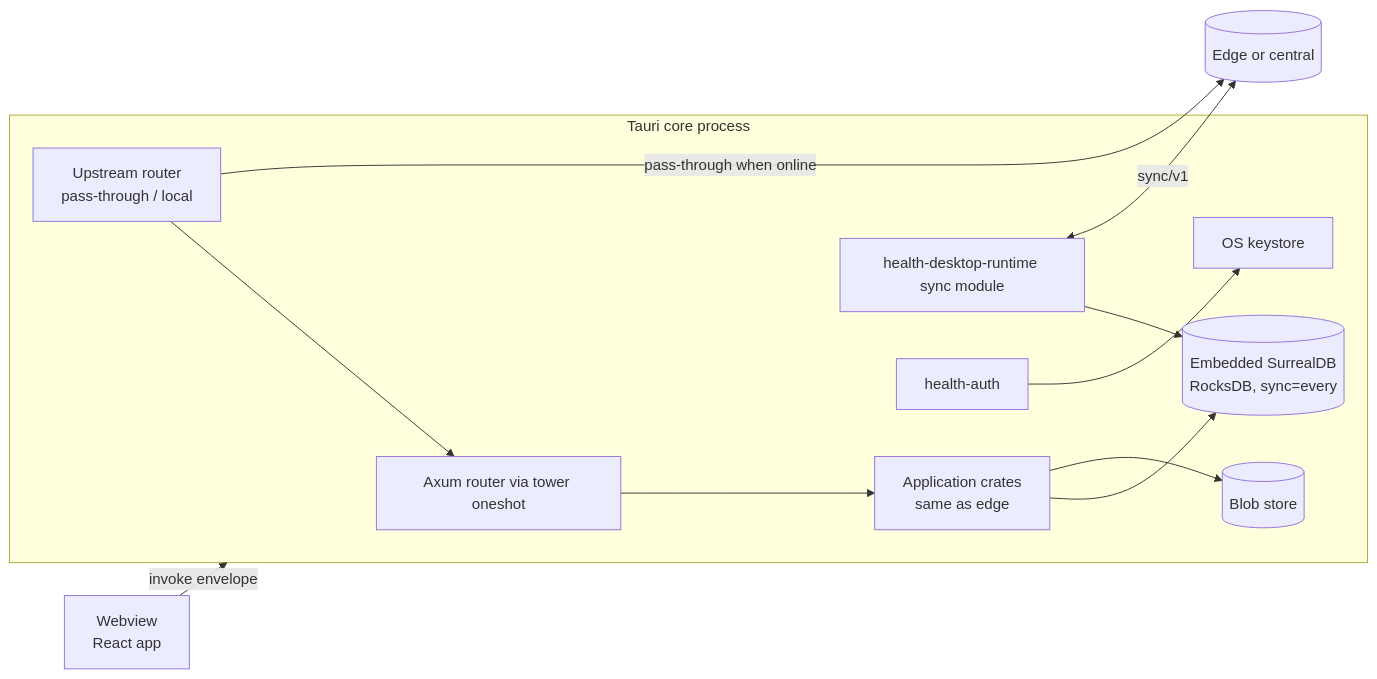
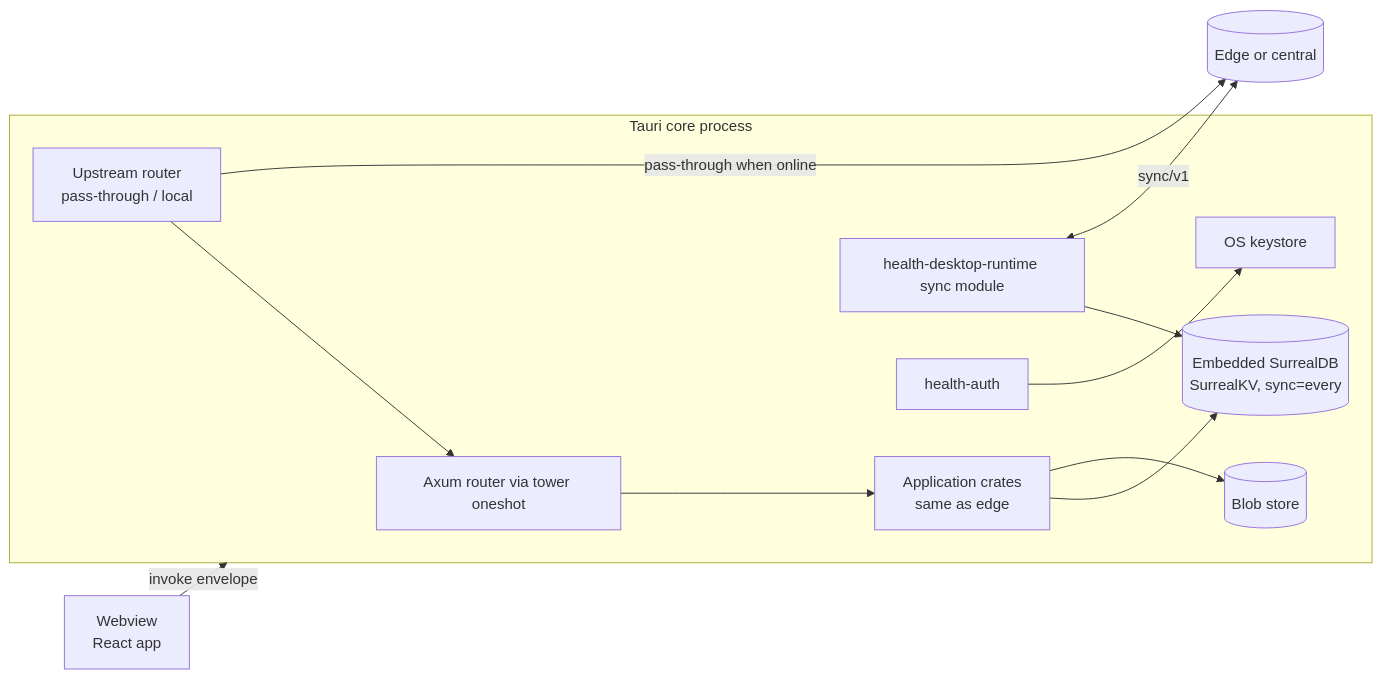
One commit to carapai/people-centered-healthcare changed the first of 2 diagrams in docs/architecture/desktop-client.md. Above: the diagram before and after it, drawn with Mermaid. The commit also changed other lines of this file and 35 other files, not shown here.

First line of the commit message:
chore(deps): SurrealDB 4.0.0 with embedded SurrealKV (RUSTSEC-2026-0454) (#359)

````diff
--- a/docs/architecture/desktop-client.md
+++ b/docs/architecture/desktop-client.md
@@ -26,14 +26,14 @@
 ```mermaid
 flowchart LR
   W[Webview<br/>React app] -- invoke envelope --> CORE
   subgraph CORE [Tauri core process]
     R[Axum router via tower oneshot] --> APP[Application crates<br/>same as edge]
-    APP --> DB[(Embedded SurrealDB<br/>RocksDB, sync=every)]
+    APP --> DB[(Embedded SurrealDB<br/>SurrealKV, sync=every)]
     APP --> BL[(Blob store)]
     SY[health-desktop-runtime sync module] --> DB
     AU[health-auth] --> KS[OS keystore]
     FO[Upstream router<br/>pass-through / local] --> R
   end
   SY <-- sync/v1 --> UP[(Edge or central)]
   FO -- pass-through when online --> UP
 ```
````
